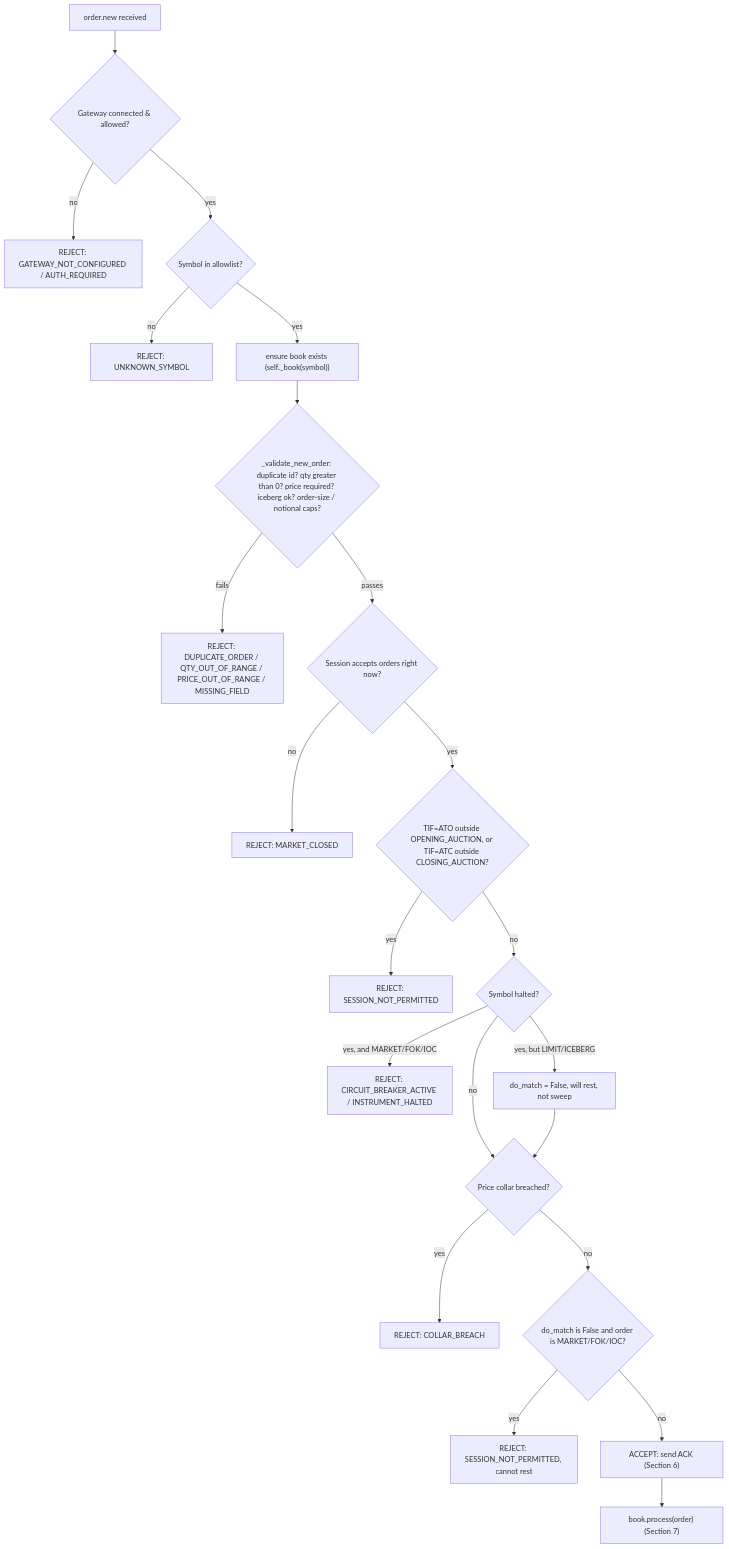
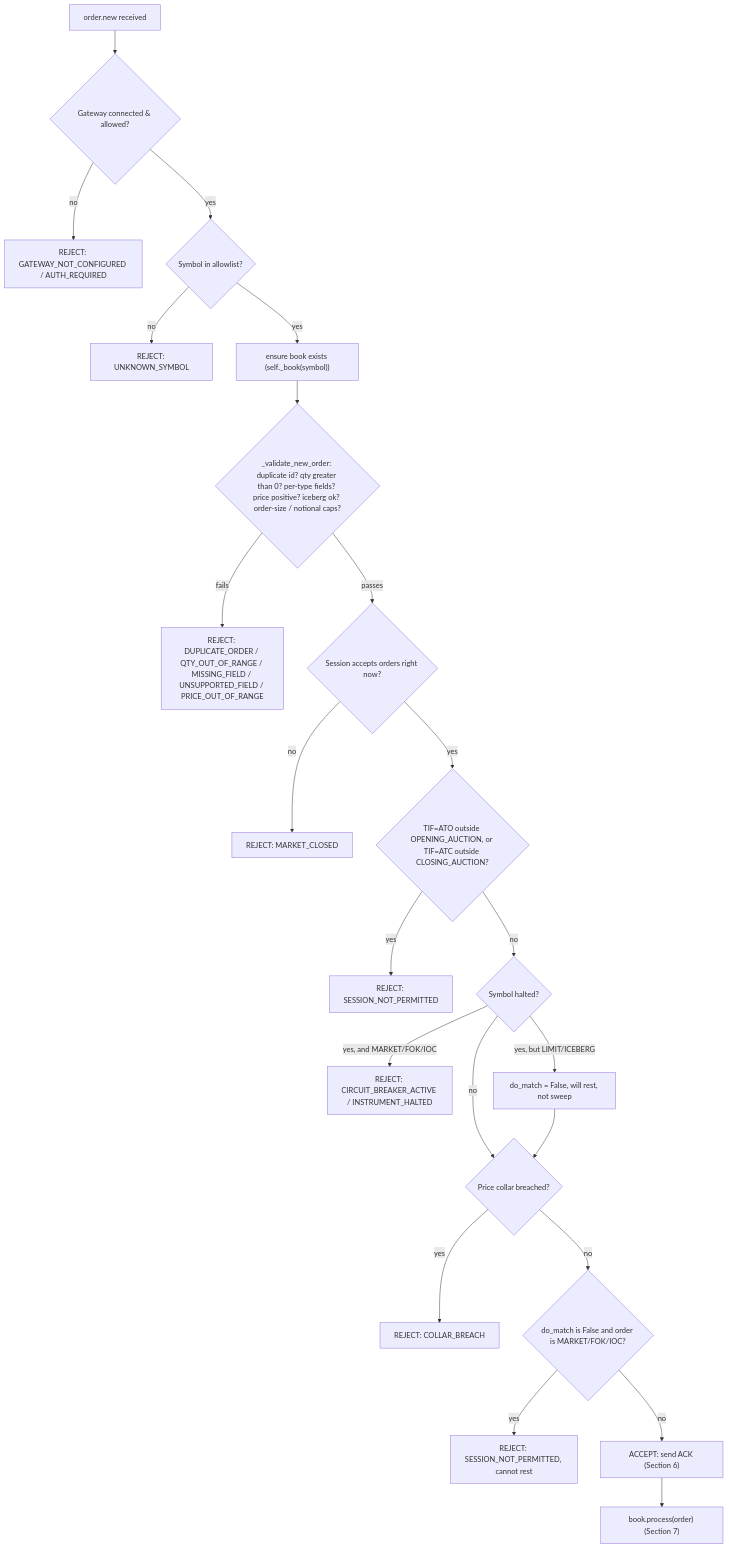
The third of 7 diagrams in docs/books/architecture-and-development/part-2-inside-the-engine/020-order-flow-end-to-end.md (johan162/EduMatcher), drawn with Mermaid before and after one commit. The commit also changed other lines of this file and 17 other files, not shown here.

Commit message:
feat(order): WP-API16 one per-type order field rule on every transport

````diff
--- a/docs/books/architecture-and-development/part-2-inside-the-engine/020-order-flow-end-to-end.md
+++ b/docs/books/architecture-and-development/part-2-inside-the-engine/020-order-flow-end-to-end.md
@@ -264,24 +264,24 @@
 ```mermaid
 flowchart TD
     A["order.new received"] --> B{"Gateway connected & allowed?"}
     B -- "no" --> RB["REJECT: GATEWAY_NOT_CONFIGURED / AUTH_REQUIRED"]
     B -- "yes" --> C{"Symbol in allowlist?"}
     C -- "no" --> RC["REJECT: UNKNOWN_SYMBOL"]
     C -- "yes" --> D["ensure book exists (self._book(symbol))"]
-    D --> E{"_validate_new_order: duplicate id? qty greater than 0? price required? iceberg ok? order-size / notional caps?"}
-    E -- "fails" --> RE["REJECT: DUPLICATE_ORDER / QTY_OUT_OF_RANGE / PRICE_OUT_OF_RANGE / MISSING_FIELD"]
+    D --> E{"_validate_new_order: duplicate id? qty greater than 0? per-type fields? price positive? iceberg ok? order-size / notional caps?"}
+    E -- "fails" --> RE["REJECT: DUPLICATE_ORDER / QTY_OUT_OF_RANGE / MISSING_FIELD / UNSUPPORTED_FIELD / PRICE_OUT_OF_RANGE"]
     E -- "passes" --> F{"Session accepts orders right now?"}
     F -- "no" --> RF["REJECT: MARKET_CLOSED"]
     F -- "yes" --> G{"TIF=ATO outside OPENING_AUCTION, or TIF=ATC outside CLOSING_AUCTION?"}
     G -- "yes" --> RG["REJECT: SESSION_NOT_PERMITTED"]
     G -- "no" --> H{"Symbol halted?"}
     H -- "yes, and MARKET/FOK/IOC" --> RH["REJECT: CIRCUIT_BREAKER_ACTIVE / INSTRUMENT_HALTED"]
     H -- "yes, but LIMIT/ICEBERG" --> I["do_match = False, will rest, not sweep"]
     H -- "no" --> J{"Price collar breached?"}
     I --> J
     J -- "yes" --> RJ["REJECT: COLLAR_BREACH"]
     J -- "no" --> K{"do_match is False and order is MARKET/FOK/IOC?"}
     K -- "yes" --> RK["REJECT: SESSION_NOT_PERMITTED, cannot rest"]
     K -- "no" --> L["ACCEPT: send ACK (Section 6)"]
     L --> M["book.process(order) (Section 7)"]
 ```
````
